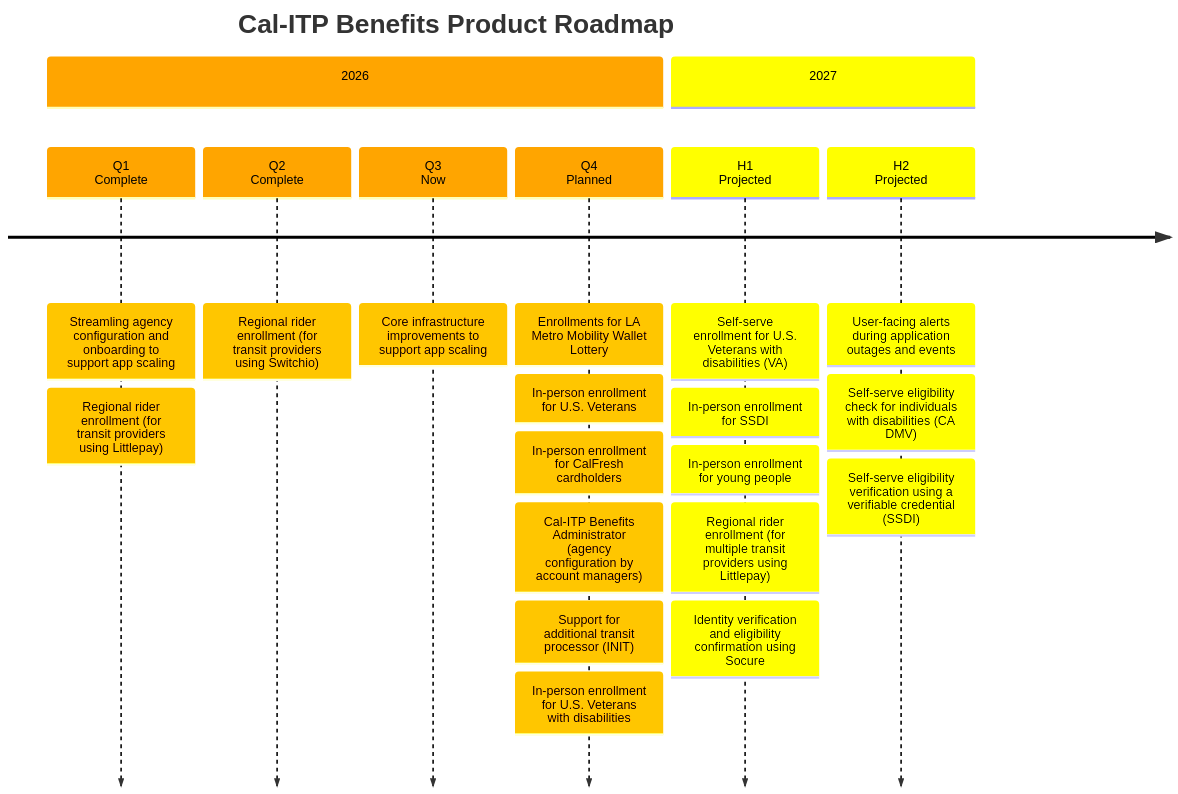
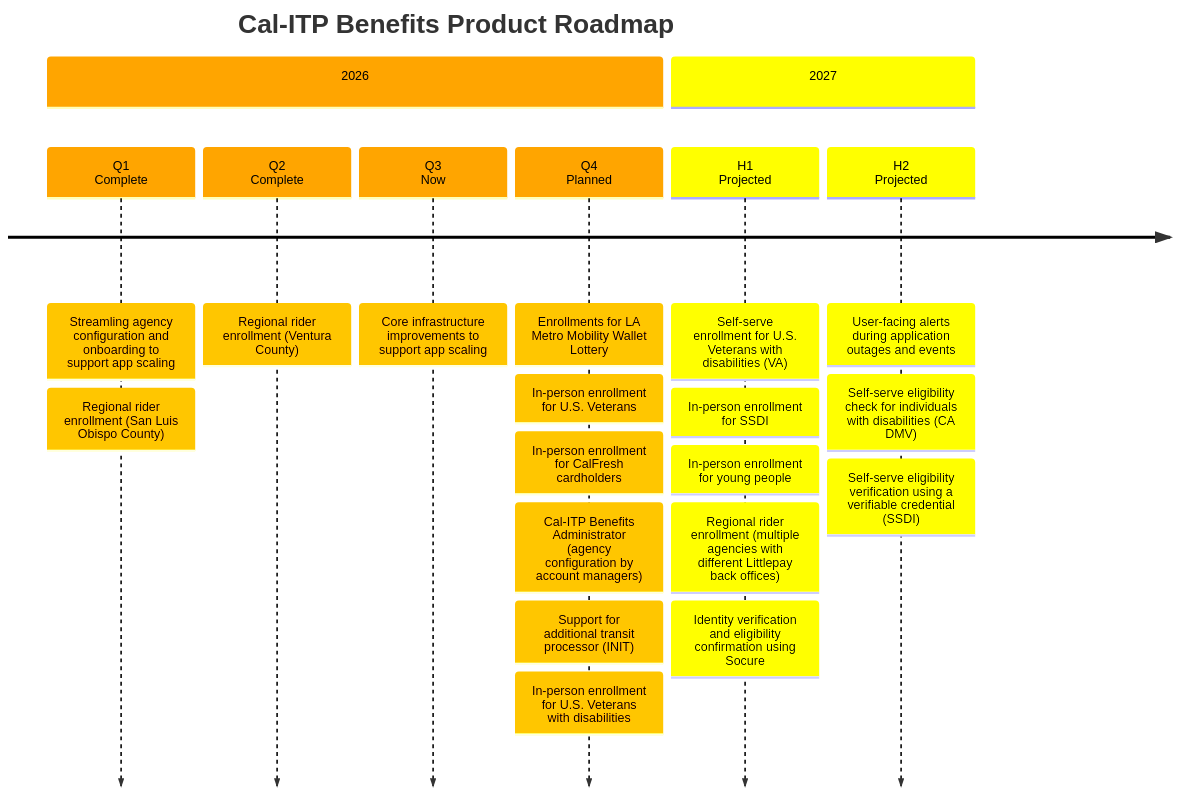
Before and after one commit to cal-itp/benefits: the diagram in docs/index.md, drawn with Mermaid.

Commit message:
docs: additional refinements to roadmap item descriptions

````diff
--- a/docs/index.md
+++ b/docs/index.md
@@ -26,56 +26,56 @@
 ```mermaid
 timeline
     title Cal-ITP Benefits Product Roadmap
 
 %% Cal-ITP Benefits Epics (2026)
 
         section 2026
 
         Q1<br>Complete
         : Streamling agency configuration and onboarding to support app scaling
-        : Regional rider enrollment (for transit providers using Littlepay)
+        : Regional rider enrollment (San Luis Obispo County)
 
         Q2<br>Complete
-        : Regional rider enrollment (for transit providers using Switchio)
+        : Regional rider enrollment (Ventura County)
 
         Q3<br>Now
         : Core infrastructure improvements to support app scaling
 
         Q4<br>Planned
         : Enrollments for LA Metro Mobility Wallet Lottery
         : In-person enrollment for U.S. Veterans
         : In-person enrollment for CalFresh cardholders
         : Cal-ITP Benefits Administrator<br>(agency configuration by account managers)
         : Support for additional transit processor (INIT)
         : In-person enrollment for U.S. Veterans with disabilities
 
 
 %% Cal-ITP Benefits Epics & Initiatives (Future)
 
         section 2027
 
         H1<br>Projected
 
         : Self-serve enrollment for U.S. Veterans with disabilities (VA)
         : In-person enrollment for SSDI
         : In-person enrollment for young people
-        : Regional rider enrollment (for multiple transit providers using Littlepay)
+        : Regional rider enrollment (multiple agencies with different Littlepay back offices)
         : Identity verification and eligibility confirmation using Socure
 
           H2<br>Projected
         : User-facing alerts during application outages and events
         : Self-serve eligibility check for individuals with disabilities (CA DMV)
         : Self-serve eligibility verification using a verifiable credential (SSDI)
 %%{
   init: {
     'logLevel': 'debug',
     'theme': 'default' ,
     'themeVariables': {
       'cScale0': 'orange',
       'cScaleLabel0': 'black',
       'cScale1': 'yellow',
       'cScaleLabel1': 'black'
     }
   }
 }%%
 ```
````
